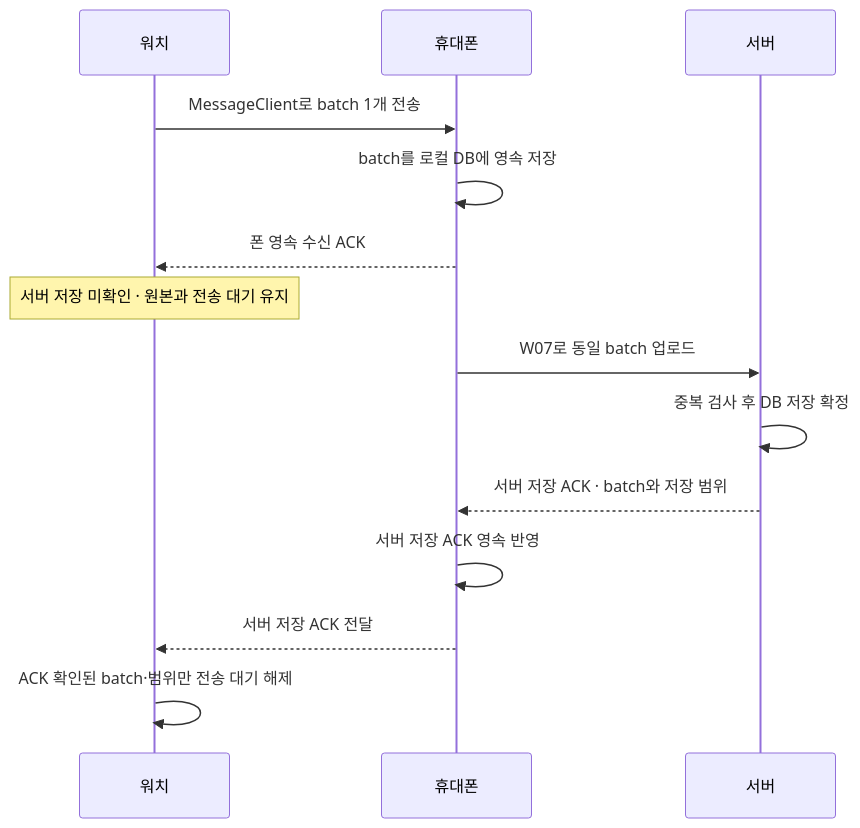
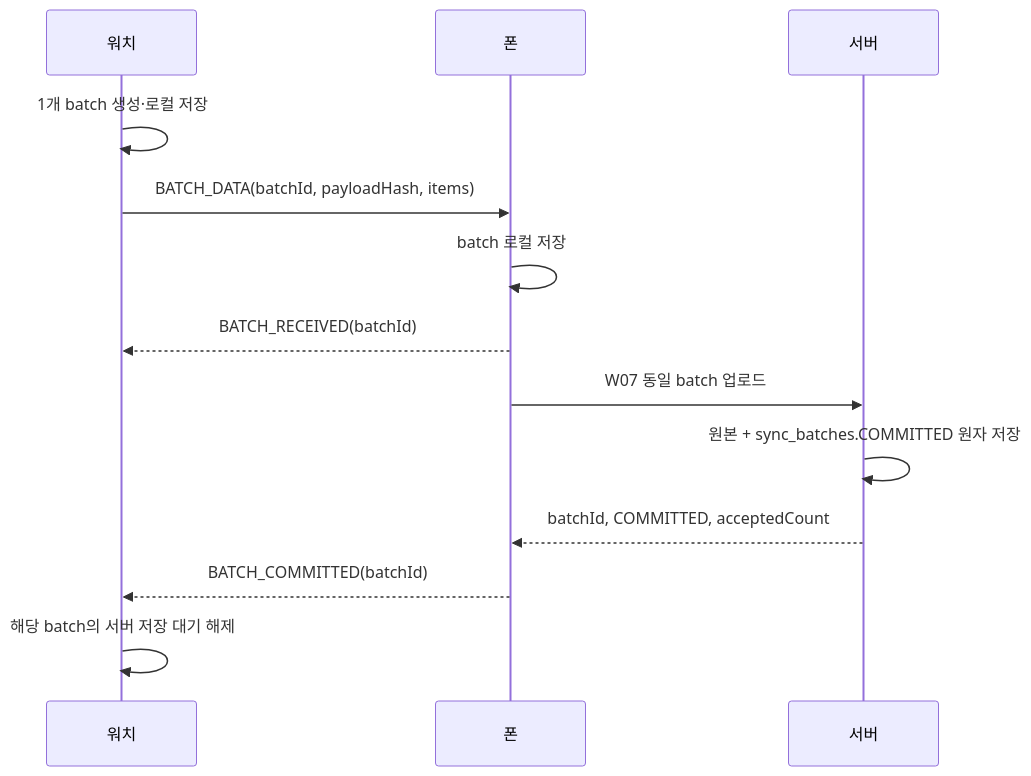
The third of 3 diagrams in docs/design/watch-mobile-server-integration.md (kdy1668/project_runway), drawn with Mermaid before and after one commit. The commit also changed other lines of this file and 17 other files, not shown here.

````diff
--- a/docs/design/watch-mobile-server-integration.md
+++ b/docs/design/watch-mobile-server-integration.md
@@ -244,18 +132,15 @@
 ```mermaid
 sequenceDiagram
     participant W as 워치
-    participant P as 휴대폰
+    participant P as 폰
     participant S as 서버
-
-    W->>P: MessageClient로 batch 1개 전송
-    P->>P: batch를 로컬 DB에 영속 저장
-    P-->>W: 폰 영속 수신 ACK
-    Note over W: 서버 저장 미확인 · 원본과 전송 대기 유지
-
-    P->>S: W07로 동일 batch 업로드
-    S->>S: 중복 검사 후 DB 저장 확정
-    S-->>P: 서버 저장 ACK · batch와 저장 범위
-    P->>P: 서버 저장 ACK 영속 반영
-    P-->>W: 서버 저장 ACK 전달
-    W->>W: ACK 확인된 batch·범위만 전송 대기 해제
+    W->>W: 1개 batch 생성·로컬 저장
+    W->>P: BATCH_DATA(batchId, payloadHash, items)
+    P->>P: batch 로컬 저장
+    P-->>W: BATCH_RECEIVED(batchId)
+    P->>S: W07 동일 batch 업로드
+    S->>S: 원본 + sync_batches.COMMITTED 원자 저장
+    S-->>P: batchId, COMMITTED, acceptedCount
+    P-->>W: BATCH_COMMITTED(batchId)
+    W->>W: 해당 batch의 서버 저장 대기 해제
 ```
````
